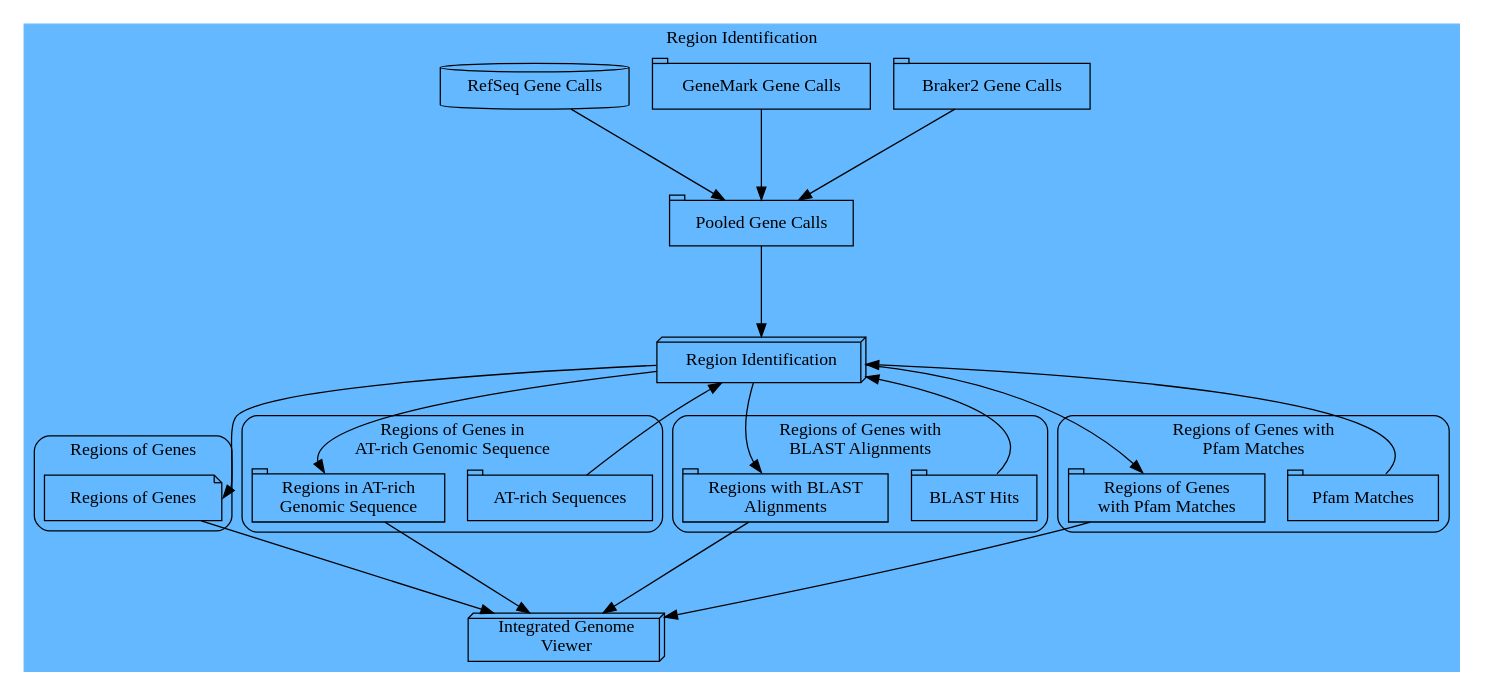
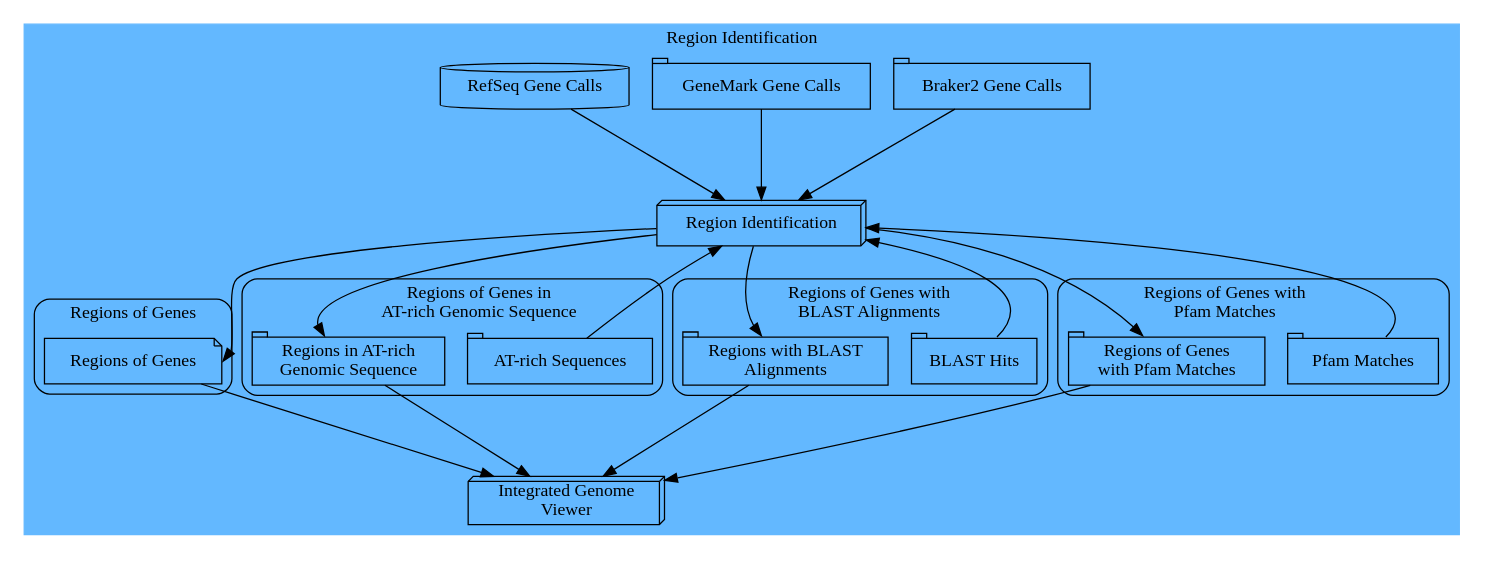
The diagram in working-thesis/figures/region-workflow.dot (cbe453/masters), drawn with Graphviz before and after one commit. The commit also changed 14 other files, not shown here.

```diff
--- a/working-thesis/figures/region-workflow.dot
+++ b/working-thesis/figures/region-workflow.dot
@@ -1,77 +1,77 @@
 digraph G{
 
 	style = filled;
 	color = steelblue1;
 	ranksep = 1;
 
 	subgraph cluster_0 {
 		label = "Region Identification";
 		"Braker2 Gene Calls" [shape = tab];
 		"GeneMark Gene Calls" [shape = tab];
 		"RefSeq Gene Calls" [shape = cylinder];
-		"Pooled Gene Calls" [shape = tab];
+		#"Pooled Gene Calls" [shape = tab];
 
-		"Braker2 Gene Calls" -> "Pooled Gene Calls";
-                "GeneMark Gene Calls" -> "Pooled Gene Calls";
-                "RefSeq Gene Calls" -> "Pooled Gene Calls";
+		"Braker2 Gene Calls" -> process;
+                "GeneMark Gene Calls" -> process;
+                "RefSeq Gene Calls" -> process;
 		process [label = "Region Identification", shape = box3d];
-		"Pooled Gene Calls" -> process;
+		#"Pooled Gene Calls" -> process;
 
 		subgraph cluster_1 {
 			fillcolor = "#EDF1F2"; 
                     	color = "black";
 	 		label = "Regions of Genes";
 			#a [label = "Identify Regions", shape = box3d];
 			"Regions of Genes" [shape = note];
 			shape = rect;
 			style = rounded;
 		}
 		process -> "Regions of Genes":e;
 
 		subgraph cluster_2 {
 			fillcolor = "#EDF1F2"; 
                     	color = "black";
 			"AT-rich Sequences" [shape = tab];
-			label = "Regions of Genes in\nAT-rich Genomic Sequence";
+			label = "             Regions of Genes in\n             AT-rich Genomic Sequence";
 			atrich [label = "Regions in AT-rich\nGenomic Sequence", shape = tab]
 			#b [label = "Identify Regions", shape = box3d];
 			shape = rect;
                         style = rounded;
 		}
 		"AT-rich Sequences" -> process;
 		process -> atrich:nw;
 
 		subgraph cluster_3 {
 			fillcolor = "#EDF1F2"; 
                         color = "black";
 			"BLAST Hits" [shape = tab];
-			label = "Regions of Genes with\nBLAST Alignments";
+			label = "     Regions of Genes with\n     BLAST Alignments";
 			blastresults [label = "Regions with BLAST\nAlignments", shape = tab];
 			#c [label = "Identify Regions", shape = box3d];
 			shape = rect;
                         style = rounded;
 		}
 		"BLAST Hits":ne -> process;
 		process -> blastresults:nw;
 		 
 		subgraph cluster_4 {
 			fillcolor = "#EDF1F2"; 
                     	color = "black";
 			"Pfam Matches" [shape = tab];
-			label = "Regions of Genes with\nPfam Matches";
+			label = "Regions of Genes with             \nPfam Matches             ";
 			pfamresults [label = "Regions of Genes\nwith Pfam Matches", shape = tab];
 			#d [label = "Identify Regions", shape = box3d];
 			shape = rect;
                         style = rounded;
 		}
 		"Pfam Matches":ne -> process;
 		process -> pfamresults:nw;
 
 		
 		igv [label = "Integrated Genome\nViewer", shape = box3d];
 		pfamresults -> igv;
 		blastresults -> igv;
 		atrich -> igv;
 		"Regions of Genes" -> igv;
 	}
 }
```
